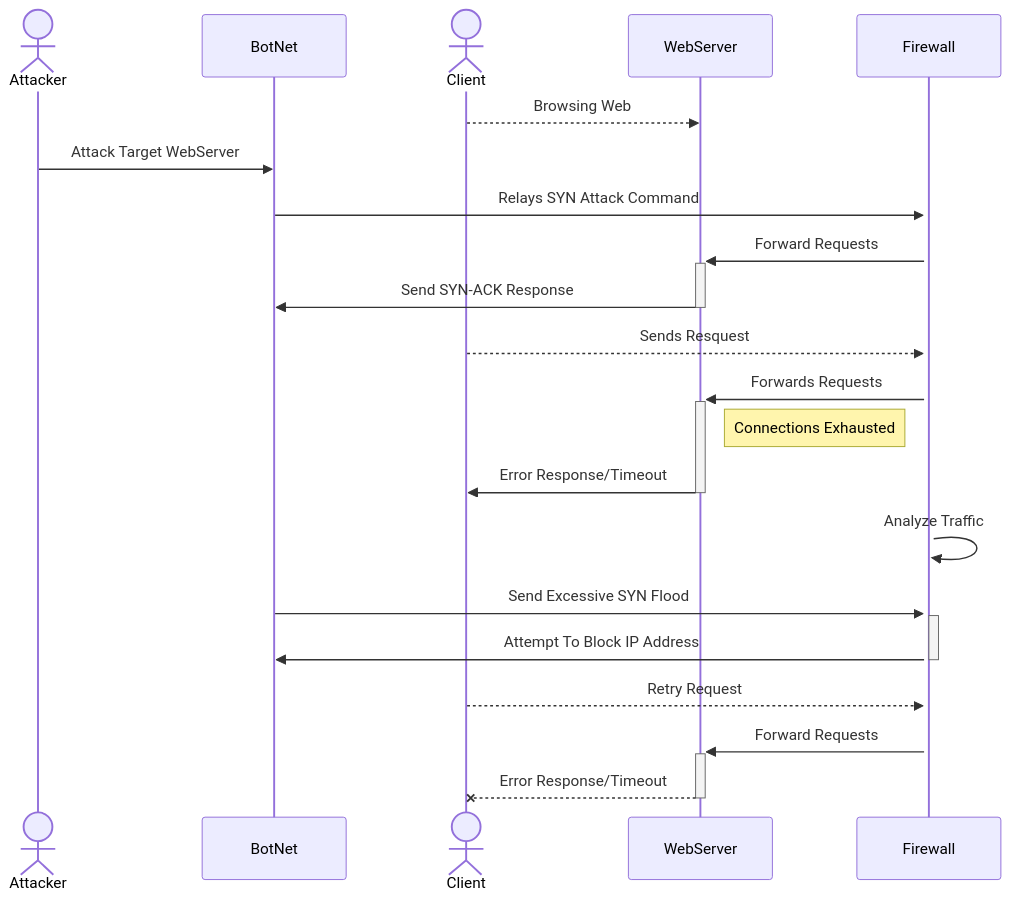
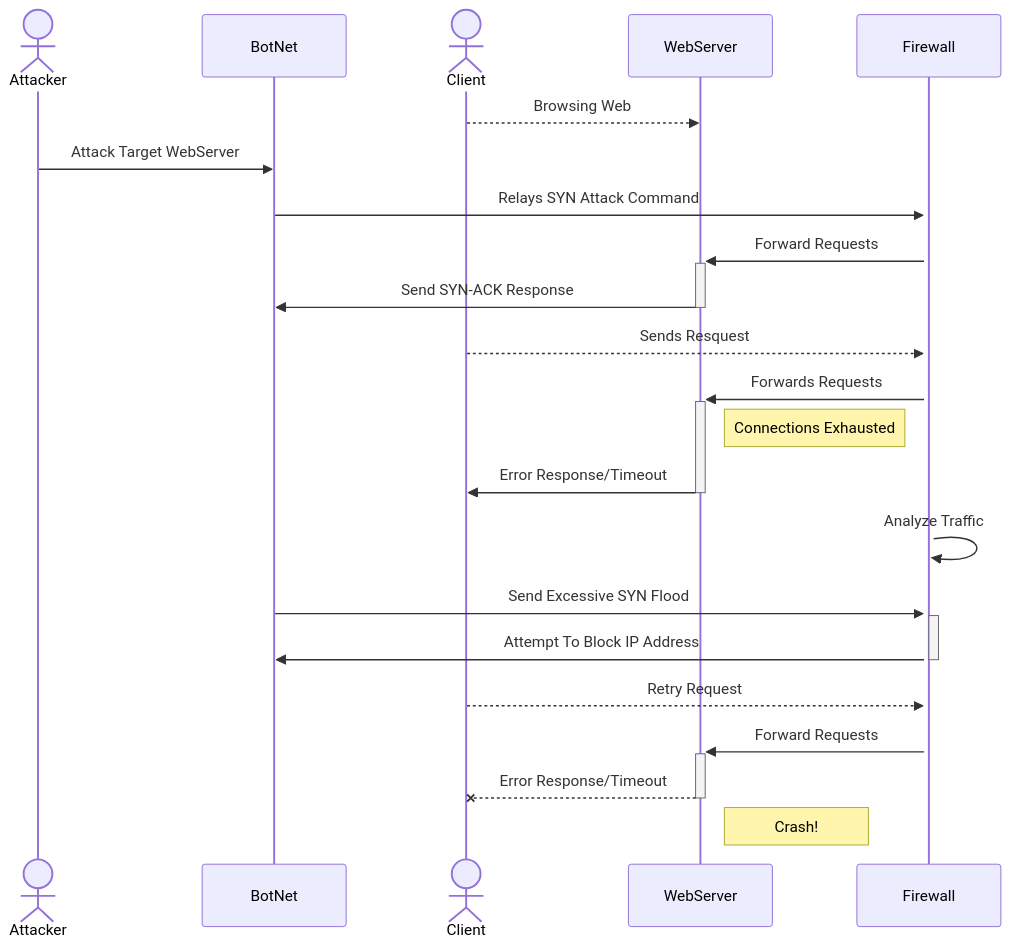
One commit to DesHeaden/desheaden.github.io changed the diagram in DDoS_Attack_Sequence.md. Above: the diagram before and after it, drawn with Mermaid.

````diff
--- a/DDoS_Attack_Sequence.md
+++ b/DDoS_Attack_Sequence.md
@@ -3,25 +3,26 @@
 ```mermaid
 sequenceDiagram
 Actor Attacker
 Participant BotNet
 Actor Client
 Participant WebServer
 participant Firewall
 
   Client-->>WebServer: Browsing Web
   Attacker->>BotNet: Attack Target WebServer
   BotNet->>+Firewall: Relays SYN Attack Command
   Firewall->>+WebServer: Forward Requests
   WebServer->>-BotNet: Send SYN-ACK Response
   Client-->>Firewall: Sends Resquest
   Firewall->>+WebServer: Forwards Requests
   note right of WebServer: Connections Exhausted
   WebServer->>-Client: Error Response/Timeout
   Firewall->>Firewall: Analyze Traffic
   BotNet->>+Firewall: Send Excessive SYN Flood
   Firewall->>-BotNet: Attempt To Block IP Address
   Client-->>Firewall: Retry Request
   Firewall->>+WebServer: Forward Requests
   WebServer--x-Client: Error Response/Timeout
+  note right of WebServer: Crash!
   
 ``` 
````
